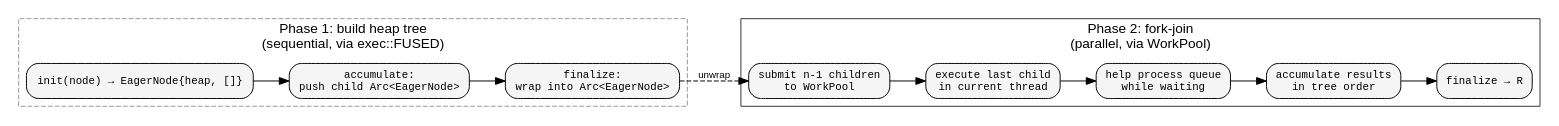
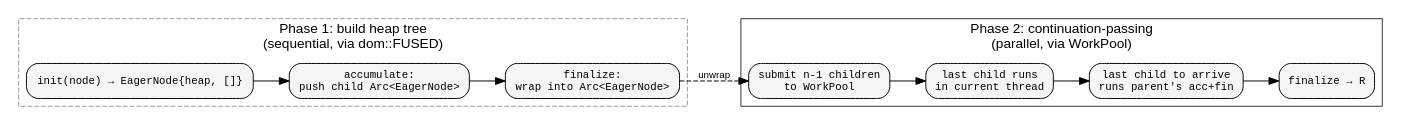
Before and after one commit to hylic-recursion/hylic-docs: the third of 3 diagrams in book/src/cookbook/parallel_execution.md, drawn with Graphviz. The commit also changed other lines of this file and 29 other files, not shown here.

````diff
--- a/book/src/cookbook/parallel_execution.md
+++ b/book/src/cookbook/parallel_execution.md
@@ -112,29 +148,28 @@
 ```dot process
 digraph {
     rankdir=LR;
     node [shape=box, style="rounded,filled", fillcolor="#f5f5f5", fontname="monospace", fontsize=11];
     edge [fontname="sans-serif", fontsize=10];
 
     subgraph cluster_p1 {
-        label="Phase 1: build heap tree\n(sequential, via exec::FUSED)";
+        label="Phase 1: build heap tree\n(sequential, via dom::FUSED)";
         style=dashed; color="#999999"; fontname="sans-serif";
         init1 [label="init(node) → EagerNode{heap, []}"];
         acc1  [label="accumulate:\npush child Arc<EagerNode>"];
         fin1  [label="finalize:\nwrap into Arc<EagerNode>"];
         init1 -> acc1 -> fin1;
     }
 
     subgraph cluster_p2 {
-        label="Phase 2: fork-join\n(parallel, via WorkPool)";
+        label="Phase 2: continuation-passing\n(parallel, via WorkPool)";
         style=solid; color="#333333"; fontname="sans-serif";
         fork [label="submit n-1 children\nto WorkPool"];
-        self_ [label="execute last child\nin current thread"];
-        help [label="help process queue\nwhile waiting"];
-        accf [label="accumulate results\nin tree order"];
+        self_ [label="last child runs\nin current thread"];
+        cont [label="last child to arrive\nruns parent's acc+fin"];
         finf [label="finalize → R"];
-        fork -> self_ -> help -> accf -> finf;
+        fork -> self_ -> cont -> finf;
     }
 
     fin1 -> fork [style=dashed, label="unwrap"];
 }
 ```
````
